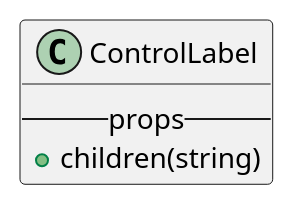
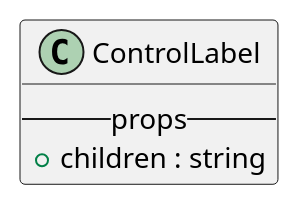
One commit to M9k/Marvin-Uml changed the diagram in react/bootstrap/controllabel.iuml. Above: the diagram before and after it, drawn with PlantUML. The commit also changed 10 other files, not shown here.

Commit message:
fix uml standard parte bootstrap

```diff
--- a/react/bootstrap/controllabel.iuml
+++ b/react/bootstrap/controllabel.iuml
@@ -1,4 +1,4 @@
 class ControlLabel{
     --props--
-        + children(string)
+        + children : string
 }
```
